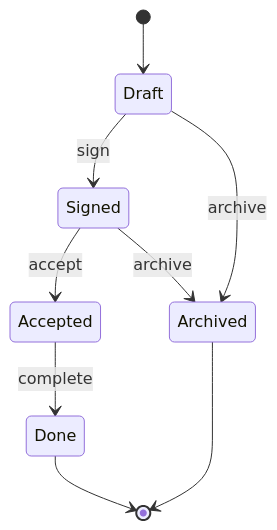
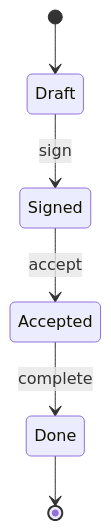
One commit to Kert0n/KPO changed the third of 9 diagrams in content/lectures/Lec5/vitepress.md. Above: the diagram before and after it, drawn with Mermaid. The commit also changed other lines of this file, not shown here.

````diff
--- a/content/lectures/Lec5/vitepress.md
+++ b/content/lectures/Lec5/vitepress.md
@@ -444,11 +447,8 @@
 ```mermaid
 stateDiagram-v2
   [*] --> Draft
   Draft --> Signed: sign
   Signed --> Accepted: accept
   Accepted --> Done: complete
-  Draft --> Archived: archive
-  Signed --> Archived: archive
   Done --> [*]
-  Archived --> [*]
 ```
````
